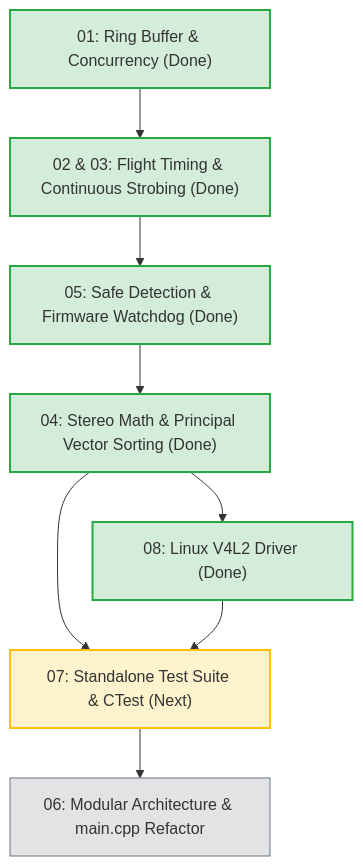
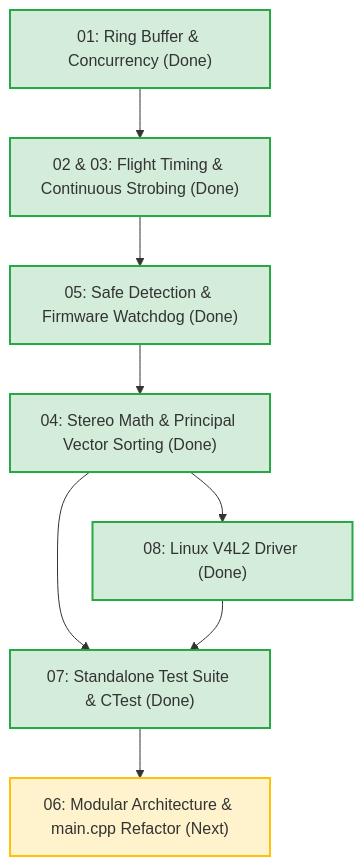
One commit to hward7044/GolfSim changed the diagram in docs/refactor/README.md. Above: the diagram before and after it, drawn with Mermaid. The commit also changed other lines of this file and 18 other files, not shown here.

````diff
--- a/docs/refactor/README.md
+++ b/docs/refactor/README.md
@@ -24,18 +24,18 @@
 ```mermaid
 graph TD
     Phase1["01: Ring Buffer & Concurrency (Done)"] --> Phase2["02 & 03: Flight Timing & Continuous Strobing (Done)"]
     Phase2 --> Phase3["05: Safe Detection & Firmware Watchdog (Done)"]
     Phase3 --> Phase4["04: Stereo Math & Principal Vector Sorting (Done)"]
-    Phase4 --> Phase5["07: Standalone Test Suite & CTest (Next)"]
-    Phase5 --> Phase6["06: Modular Architecture & main.cpp Refactor"]
+    Phase4 --> Phase5["07: Standalone Test Suite & CTest (Done)"]
+    Phase5 --> Phase6["06: Modular Architecture & main.cpp Refactor (Next)"]
     Phase4 --> Phase4b["08: Linux V4L2 Driver (Done)"]
     Phase4b --> Phase5
     
     style Phase1 fill:#d4edda,stroke:#28a745,stroke-width:2px;
     style Phase2 fill:#d4edda,stroke:#28a745,stroke-width:2px;
     style Phase3 fill:#d4edda,stroke:#28a745,stroke-width:2px;
     style Phase4 fill:#d4edda,stroke:#28a745,stroke-width:2px;
     style Phase4b fill:#d4edda,stroke:#28a745,stroke-width:2px;
-    style Phase5 fill:#fff3cd,stroke:#ffc107,stroke-width:2px;
-    style Phase6 fill:#e2e3e5,stroke:#6c757d,stroke-width:1px;
+    style Phase5 fill:#d4edda,stroke:#28a745,stroke-width:2px;
+    style Phase6 fill:#fff3cd,stroke:#ffc107,stroke-width:2px;
 ```
````
